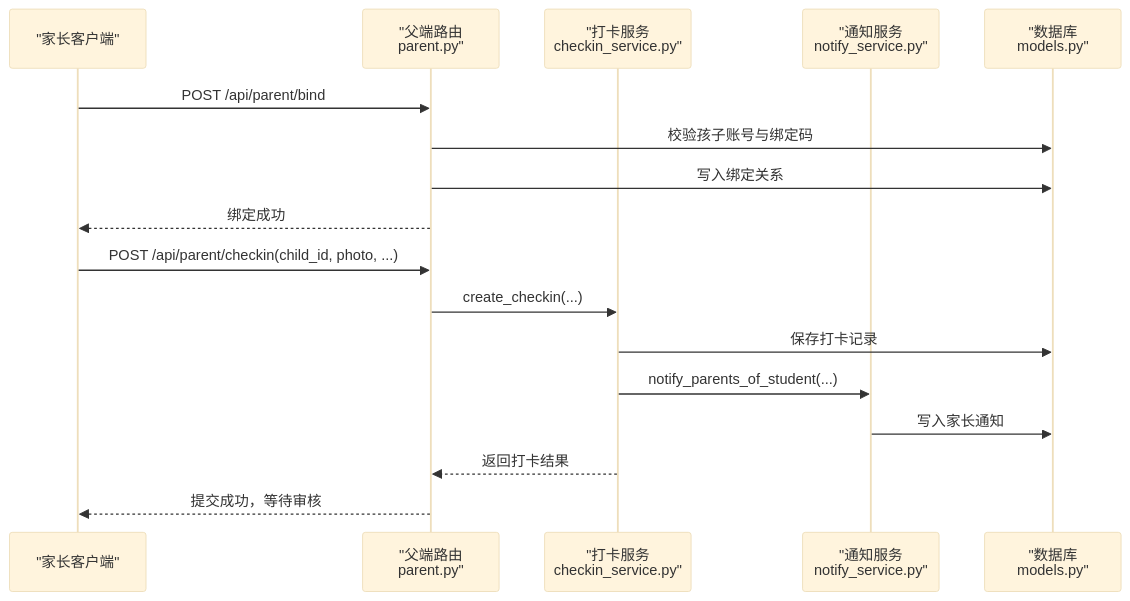
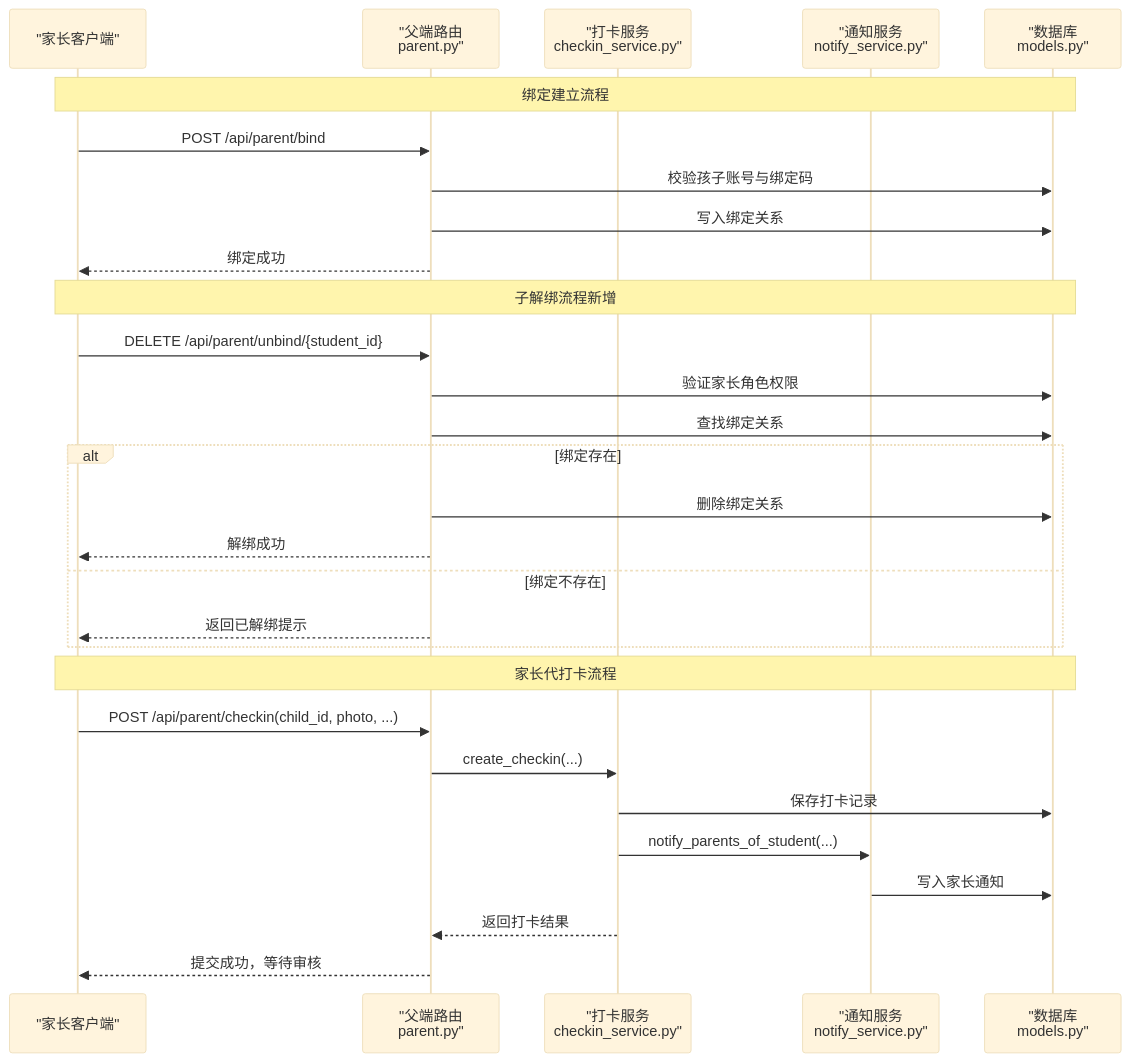
One commit to onebody/homework changed the second of 8 diagrams in .qoder/repowiki/zh/content/暑假作业打卡系统/核心业务功能/家长监督功能.md. Above: the diagram before and after it, drawn with Mermaid (base theme). The commit also changed other lines of this file and 10 other files, not shown here.

````diff
--- a/.qoder/repowiki/zh/content/暑假作业打卡系统/核心业务功能/家长监督功能.md
+++ b/.qoder/repowiki/zh/content/暑假作业打卡系统/核心业务功能/家长监督功能.md
@@ -83,19 +101,31 @@
 ```mermaid
 sequenceDiagram
 participant P as "家长客户端"
 participant R as "父端路由<br/>parent.py"
 participant S as "打卡服务<br/>checkin_service.py"
 participant N as "通知服务<br/>notify_service.py"
 participant DB as "数据库<br/>models.py"
+Note over P,DB : 绑定建立流程
 P->>R : POST /api/parent/bind
 R->>DB : 校验孩子账号与绑定码
 R->>DB : 写入绑定关系
 R-->>P : 绑定成功
+Note over P,DB : 子解绑流程新增
+P->>R : DELETE /api/parent/unbind/{student_id}
+R->>DB : 验证家长角色权限
+R->>DB : 查找绑定关系
+alt 绑定存在
+R->>DB : 删除绑定关系
+R-->>P : 解绑成功
+else 绑定不存在
+R-->>P : 返回已解绑提示
+end
+Note over P,DB : 家长代打卡流程
 P->>R : POST /api/parent/checkin(child_id, photo, ...)
 R->>S : create_checkin(...)
 S->>DB : 保存打卡记录
 S->>N : notify_parents_of_student(...)
 N->>DB : 写入家长通知
 S-->>R : 返回打卡结果
 R-->>P : 提交成功，等待审核
 ```
````
